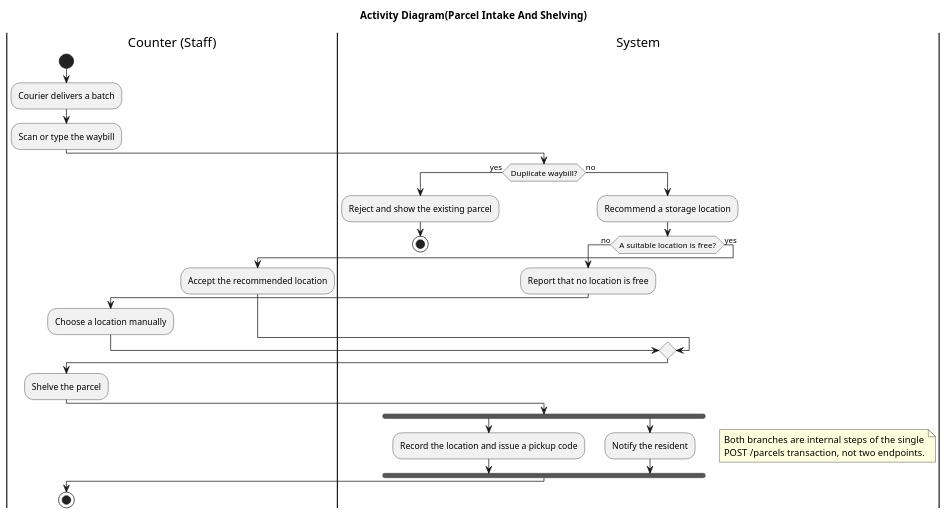
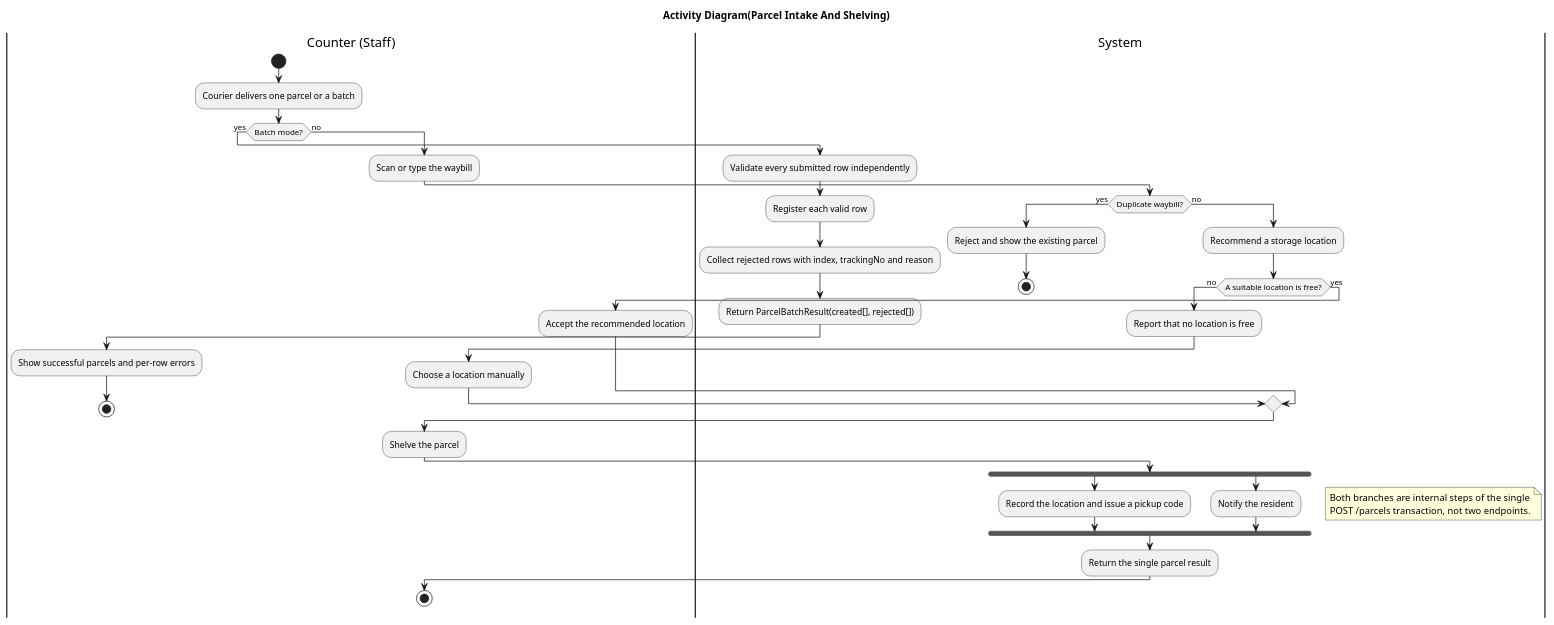
The diagram in docs/02-design/uml/activity-parcel-intake.puml (123dvfj123/linyi-collection-point), drawn with PlantUML before and after one commit. The commit also changed 5 other files, not shown here.

First line of the commit message:
docs(frontend): align pickup findings and batch intake records [T-42-05]

```diff
--- a/docs/02-design/uml/activity-parcel-intake.puml
+++ b/docs/02-design/uml/activity-parcel-intake.puml
@@ -1,38 +1,52 @@
 @startuml activity-parcel-intake
 title Activity Diagram(Parcel Intake And Shelving)
 |Counter (Staff)|
 start
-:Courier delivers a batch;
-:Scan or type the waybill;
-|System|
-if (Duplicate waybill?) then (yes)
-  :Reject and show the existing parcel;
+:Courier delivers one parcel or a batch;
+if (Batch mode?) then (yes)
+  |System|
+  :Validate every submitted row independently;
+  :Register each valid row;
+  :Collect rejected rows with index, trackingNo and reason;
+  :Return ParcelBatchResult(created[], rejected[]);
+  |Counter (Staff)|
+  :Show successful parcels and per-row errors;
   stop
 else (no)
-  :Recommend a storage location;
-  if (A suitable location is free?) then (no)
-    :Report that no location is free;
-    |Counter (Staff)|
-    :Choose a location manually;
+  |Counter (Staff)|
+  :Scan or type the waybill;
+  |System|
+  if (Duplicate waybill?) then (yes)
+    :Reject and show the existing parcel;
+    stop
+  else (no)
     |System|
-  else (yes)
-    |Counter (Staff)|
-    :Accept the recommended location;
-    |System|
+    :Recommend a storage location;
+    if (A suitable location is free?) then (no)
+      :Report that no location is free;
+      |Counter (Staff)|
+      :Choose a location manually;
+      |System|
+    else (yes)
+      |Counter (Staff)|
+      :Accept the recommended location;
+      |System|
+    endif
   endif
+  |Counter (Staff)|
+  :Shelve the parcel;
+  |System|
+  fork
+    :Record the location and issue a pickup code;
+  fork again
+    :Notify the resident;
+  end fork
+  note right
+    Both branches are internal steps of the single
+    POST /parcels transaction, not two endpoints.
+  end note
+  :Return the single parcel result;
+  |Counter (Staff)|
+  stop
 endif
-|Counter (Staff)|
-:Shelve the parcel;
-|System|
-fork
-  :Record the location and issue a pickup code;
-fork again
-  :Notify the resident;
-end fork
-note right
-  Both branches are internal steps of the single
-  POST /parcels transaction, not two endpoints.
-end note
-|Counter (Staff)|
-stop
 @enduml
```
